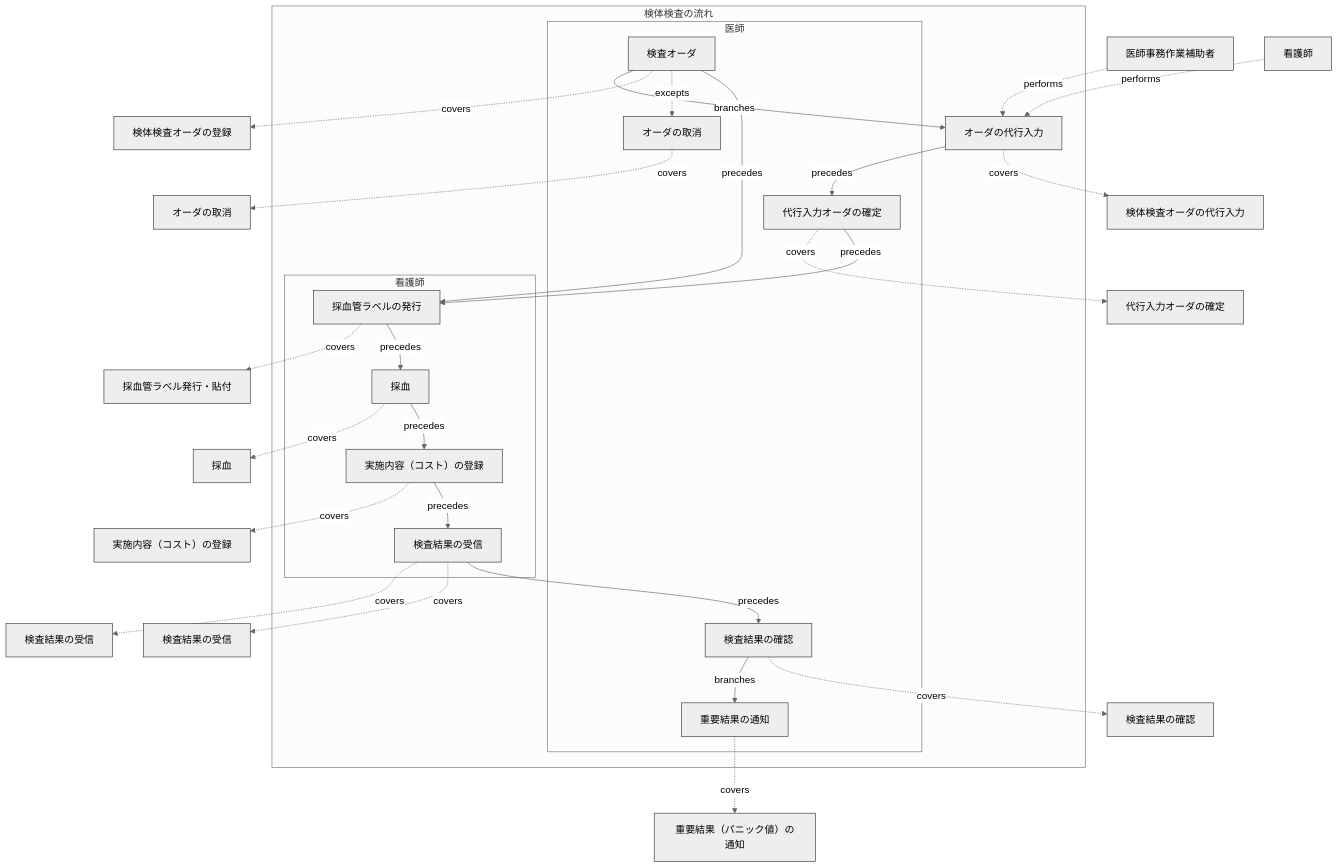
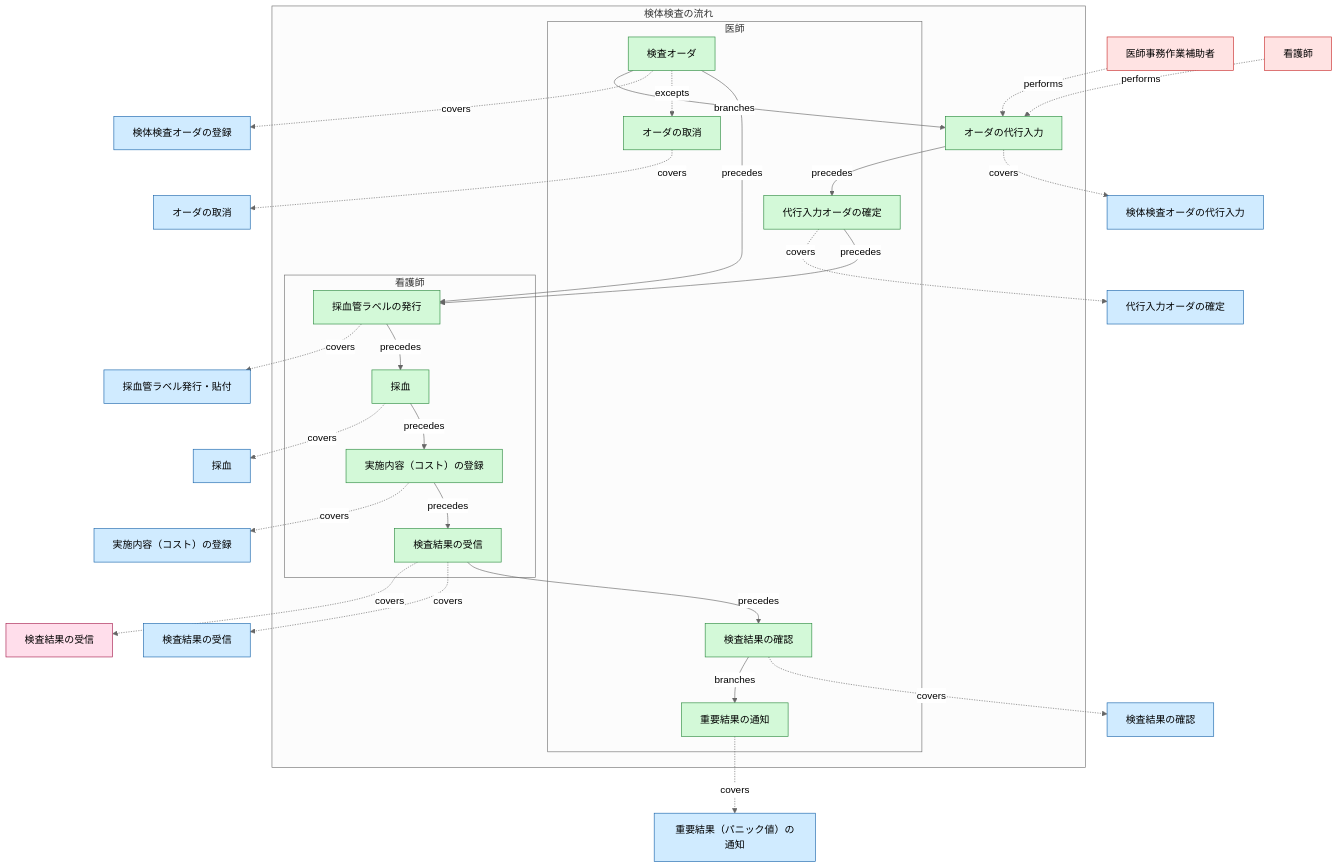
Diagram 12 of 27 in samples/clinic-ops/design-sample.md (manji-0/rdra-ish-dsl), drawn with Mermaid (neutral theme) before and after one commit. The commit also changed other lines of this file and 76 other files, not shown here.

First line of the commit message:
feat(cli): colour each RDRA element family in the flowchart diagrams

````diff
--- a/samples/clinic-ops/design-sample.md
+++ b/samples/clinic-ops/design-sample.md
@@ -1297,68 +1297,68 @@
 ```mermaid
 %% rdra-ish diagram=flow scope=buc:BucOrdersResults model=samples/clinic-ops
 %% kinds: flow step lane actor usecase event
 %% omitted: buc
 flowchart TD
   subgraph flow__LabOrderFlow["検体検査の流れ"]
     step__ProxyOrderStep["オーダの代行入力"]:::step
     subgraph lane__LabOrderFlow__Clinician["医師"]
       %% lane lane__LabOrderFlow__Clinician: actor__Clinician
       step__ConfirmOrderStep["代行入力オーダの確定"]:::step
       step__CriticalStep["重要結果の通知"]:::step
       step__LabOrderStep["検査オーダ"]:::step
       step__OrderCancelStep["オーダの取消"]:::step
       step__ResultReviewStep["検査結果の確認"]:::step
     end
     subgraph lane__LabOrderFlow__Nurse["看護師"]
       %% lane lane__LabOrderFlow__Nurse: actor__Nurse
       step__CollectStep["採血"]:::step
       step__CostStep["実施内容（コスト）の登録"]:::step
       step__LabResultStep["検査結果の受信"]:::step
       step__LabelStep["採血管ラベルの発行"]:::step
     end
   end
   actor__MedicalClerk["医師事務作業補助者"]:::actor
   %% desc actor__MedicalClerk: 医師の指示で電子カルテへ代行入力する。確定は医師が行う。
   actor__Nurse["看護師"]:::actor
   %% desc actor__Nurse: 医師の指示の下で診療の補助を行う。
   usecase__CancelClinicalOrder["オーダの取消"]:::usecase
   usecase__CollectSpecimen["採血"]:::usecase
   usecase__ConfirmProxyOrder["代行入力オーダの確定"]:::usecase
   usecase__EnterProxyOrder["検体検査オーダの代行入力"]:::usecase
   usecase__NotifyCriticalResult["重要結果（パニック値）の通知"]:::usecase
   usecase__PlaceLabOrder["検体検査オーダの登録"]:::usecase
   usecase__PrintSpecimenLabel["採血管ラベル発行・貼付"]:::usecase
   usecase__ReceiveLabResult["検査結果の受信"]:::usecase
   usecase__RegisterPerformedProcedure["実施内容（コスト）の登録"]:::usecase
   usecase__ReviewLabResult["検査結果の確認"]:::usecase
   event__EvLabResultReceived["検査結果の受信"]:::event
   actor__MedicalClerk -.->|performs| step__ProxyOrderStep
   actor__Nurse -.->|performs| step__ProxyOrderStep
   step__CollectStep -.->|covers| usecase__CollectSpecimen
   step__CollectStep -->|precedes| step__CostStep
   step__ConfirmOrderStep -.->|covers| usecase__ConfirmProxyOrder
   step__ConfirmOrderStep -->|precedes| step__LabelStep
   step__CostStep -.->|covers| usecase__RegisterPerformedProcedure
   step__CostStep -->|precedes| step__LabResultStep
   step__CriticalStep -.->|covers| usecase__NotifyCriticalResult
   step__LabOrderStep -->|branches| step__ProxyOrderStep
   step__LabOrderStep -.->|covers| usecase__PlaceLabOrder
   step__LabOrderStep -.->|excepts| step__OrderCancelStep
   step__LabOrderStep -->|precedes| step__LabelStep
   step__LabResultStep -.->|covers| event__EvLabResultReceived
   step__LabResultStep -.->|covers| usecase__ReceiveLabResult
   step__LabResultStep -->|precedes| step__ResultReviewStep
   step__LabelStep -.->|covers| usecase__PrintSpecimenLabel
   step__LabelStep -->|precedes| step__CollectStep
   step__OrderCancelStep -.->|covers| usecase__CancelClinicalOrder
   step__ProxyOrderStep -.->|covers| usecase__EnterProxyOrder
   step__ProxyOrderStep -->|precedes| step__ConfirmOrderStep
   step__ResultReviewStep -->|branches| step__CriticalStep
   step__ResultReviewStep -.->|covers| usecase__ReviewLabResult
-  classDef flow stroke:#333;
-  classDef step stroke:#333;
-  classDef lane stroke:#333;
-  classDef actor stroke:#333;
-  classDef usecase stroke:#333;
-  classDef event stroke:#333;
+  classDef flow fill:#d3f9d8,stroke:#2b8a3e,color:#000;
+  classDef step fill:#d3f9d8,stroke:#2b8a3e,color:#000;
+  classDef lane fill:#d3f9d8,stroke:#2b8a3e,color:#000;
+  classDef actor fill:#ffe3e3,stroke:#c92a2a,color:#000;
+  classDef usecase fill:#d0ebff,stroke:#1864ab,color:#000;
+  classDef event fill:#ffdeeb,stroke:#a61e4d,color:#000;
 ```
````
